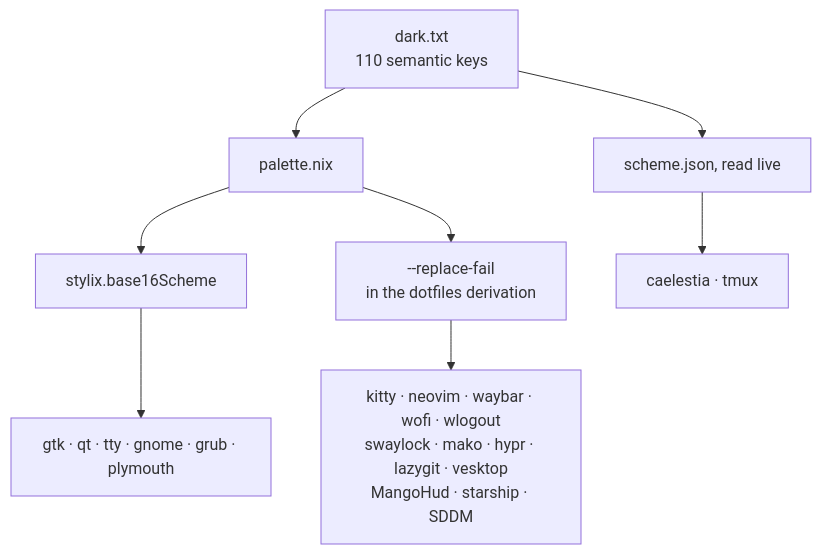
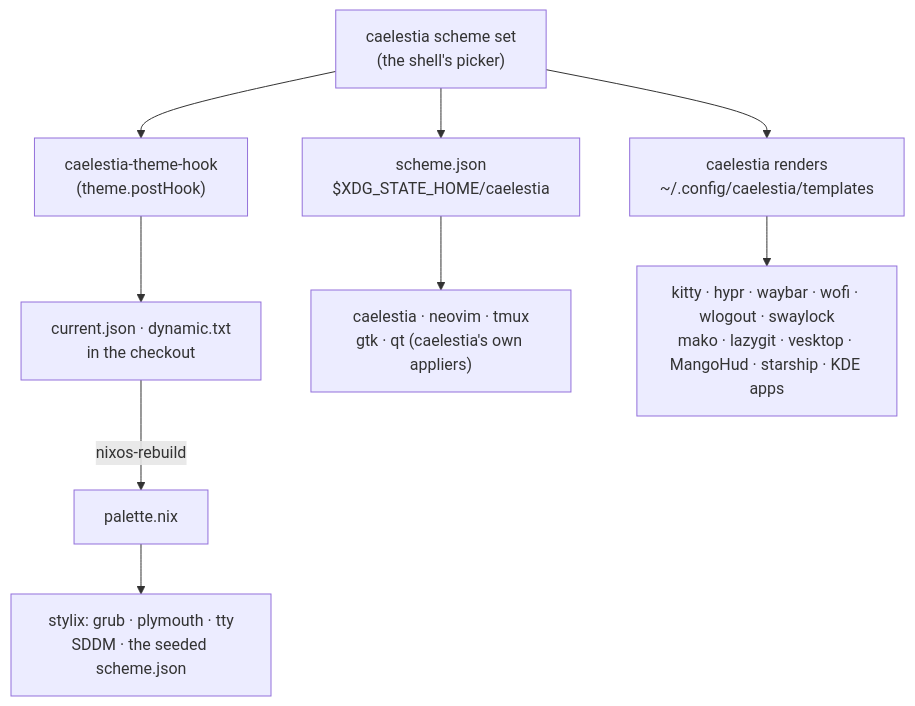
Before and after one commit to 1Git2Clone/nixos-dotfiles: the diagram in docs/src/architecture/colours.md, drawn with Mermaid. The commit also changed other lines of this file and 2 other files, not shown here.

First line of the commit message:
docs(handbook): colours follow the scheme picked in caelestia

````diff
--- a/docs/src/architecture/colours.md
+++ b/docs/src/architecture/colours.md
@@ -8,17 +8,19 @@
 ```mermaid
 flowchart TB
-    scheme["dark.txt<br/>110 semantic keys"]
+    pick["caelestia scheme set<br/>(the shell's picker)"]
+    state["scheme.json<br/>$XDG_STATE_HOME/caelestia"]
+    render["caelestia renders<br/>~/.config/caelestia/templates"]
+    hook["caelestia-theme-hook<br/>(theme.postHook)"]
+    repo["current.json · dynamic.txt<br/>in the checkout"]
     palette["palette.nix"]
-    stylix["stylix.base16Scheme"]
-    subst["--replace-fail<br/>in the dotfiles derivation"]
-    live["scheme.json, read live"]
 
-    scheme --> palette
-    palette --> stylix
-    palette --> subst
-    scheme --> live
+    pick --> state
+    pick --> render
+    pick --> hook
+    hook --> repo
+    repo -->|nixos-rebuild| palette
 
-    stylix --> s_apps["gtk · qt · tty · gnome · grub · plymouth"]
-    subst --> d_apps["kitty · neovim · waybar · wofi · wlogout<br/>swaylock · mako · hypr · lazygit · vesktop<br/>MangoHud · starship · SDDM"]
-    live --> l_apps["caelestia · tmux"]
+    state --> l_apps["caelestia · neovim · tmux<br/>gtk · qt (caelestia's own appliers)"]
+    render --> t_apps["kitty · hypr · waybar · wofi · wlogout · swaylock<br/>mako · lazygit · vesktop · MangoHud · starship · KDE apps"]
+    palette --> b_apps["stylix: grub · plymouth · tty<br/>SDDM · the seeded scheme.json"]
 ```
````
